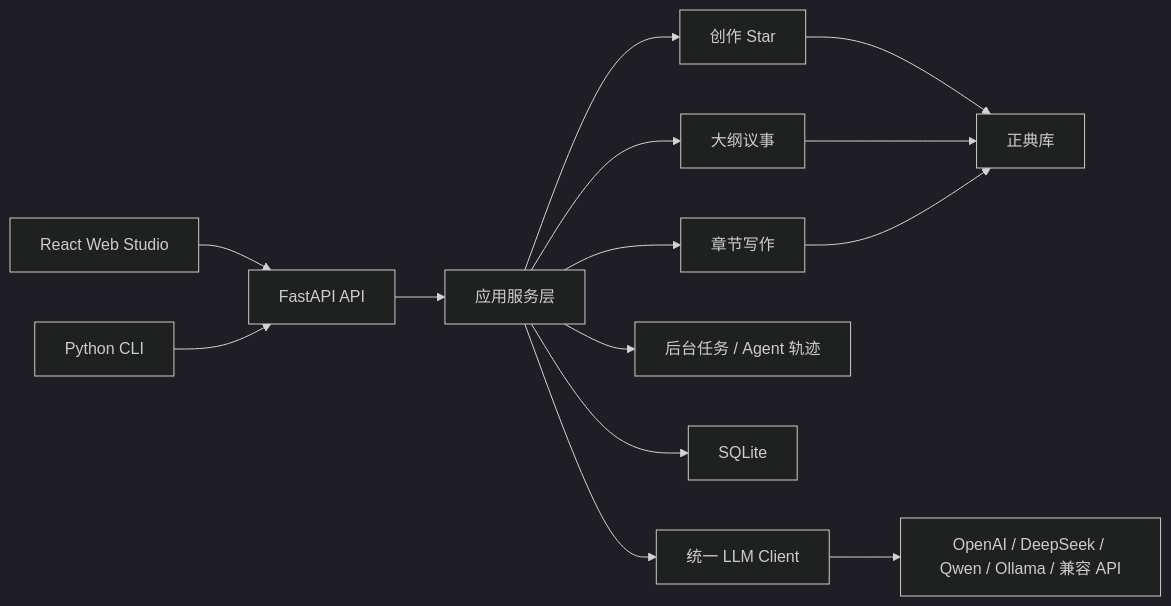
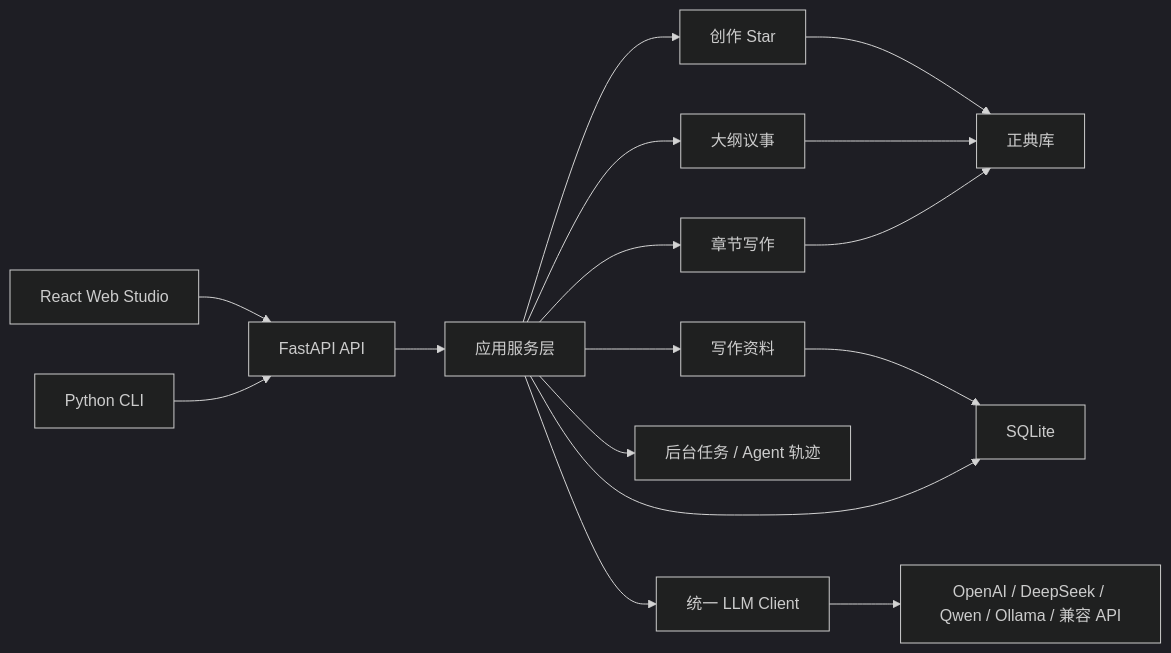
One commit to wssyh339/Narraverse-Engine changed the diagram in README.md. Above: the diagram before and after it, drawn with Mermaid (dark theme). The commit also changed other lines of this file and 101 other files, not shown here.

````diff
--- a/README.md
+++ b/README.md
@@ -318,16 +348,18 @@
 ```mermaid
 flowchart LR
   UI["React Web Studio"] --> API["FastAPI API"]
   CLI["Python CLI"] --> API
   API --> Services["应用服务层"]
   Services --> Creation["创作 Star"]
   Services --> Debate["大纲议事"]
   Services --> Chapter["章节写作"]
+  Services --> Materials["写作资料"]
   Creation --> Canon["正典库"]
   Debate --> Canon
   Chapter --> Canon
+  Materials --> DB
   Services --> Jobs["后台任务 / Agent 轨迹"]
   Services --> DB["SQLite"]
   Services --> LLM["统一 LLM Client"]
   LLM --> Providers["OpenAI / DeepSeek / Qwen / Ollama / 兼容 API"]
 ```
````
